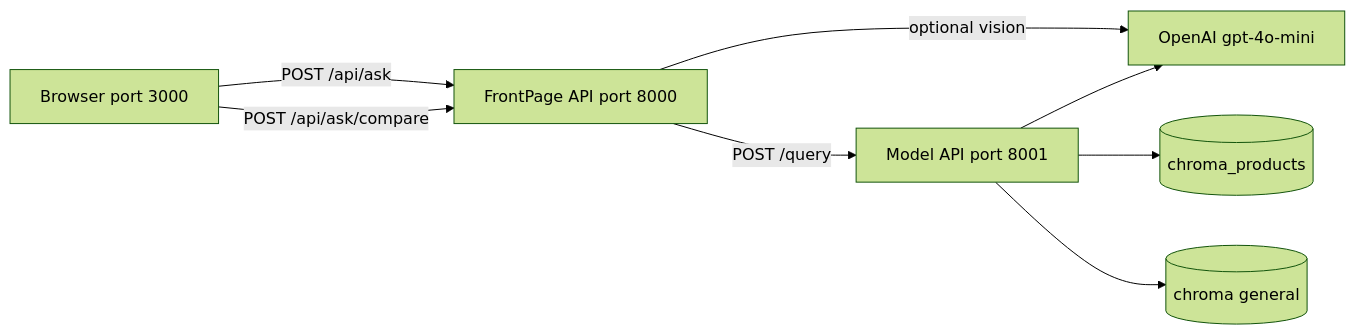
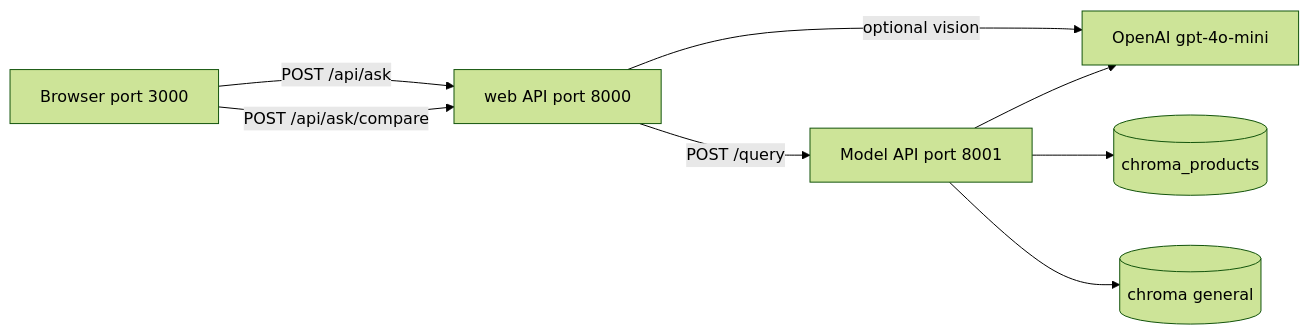
One commit to Naifcx47350/TerraMind changed the diagram in PROJECT_OVERVIEW.md. Above: the diagram before and after it, drawn with Mermaid (forest theme). The commit also changed other lines of this file and 244 other files, not shown here.

First line of the commit message:
Refactor repo: FrontPage->web, terramind->core

````diff
--- a/PROJECT_OVERVIEW.md
+++ b/PROJECT_OVERVIEW.md
@@ -39,17 +39,17 @@
 ```mermaid
 flowchart LR
   User["Browser port 3000"]
-  FP["FrontPage API port 8000"]
+  FP["web API port 8000"]
   RAG["Model API port 8001"]
   PC[("chroma_products")]
   GEN[("chroma general")]
   LLM["OpenAI gpt-4o-mini"]
 
   User -->|"POST /api/ask"| FP
   User -->|"POST /api/ask/compare"| FP
   FP -->|"optional vision"| LLM
   FP -->|"POST /query"| RAG
   RAG --> PC
   RAG --> GEN
   RAG --> LLM
 ```
````
